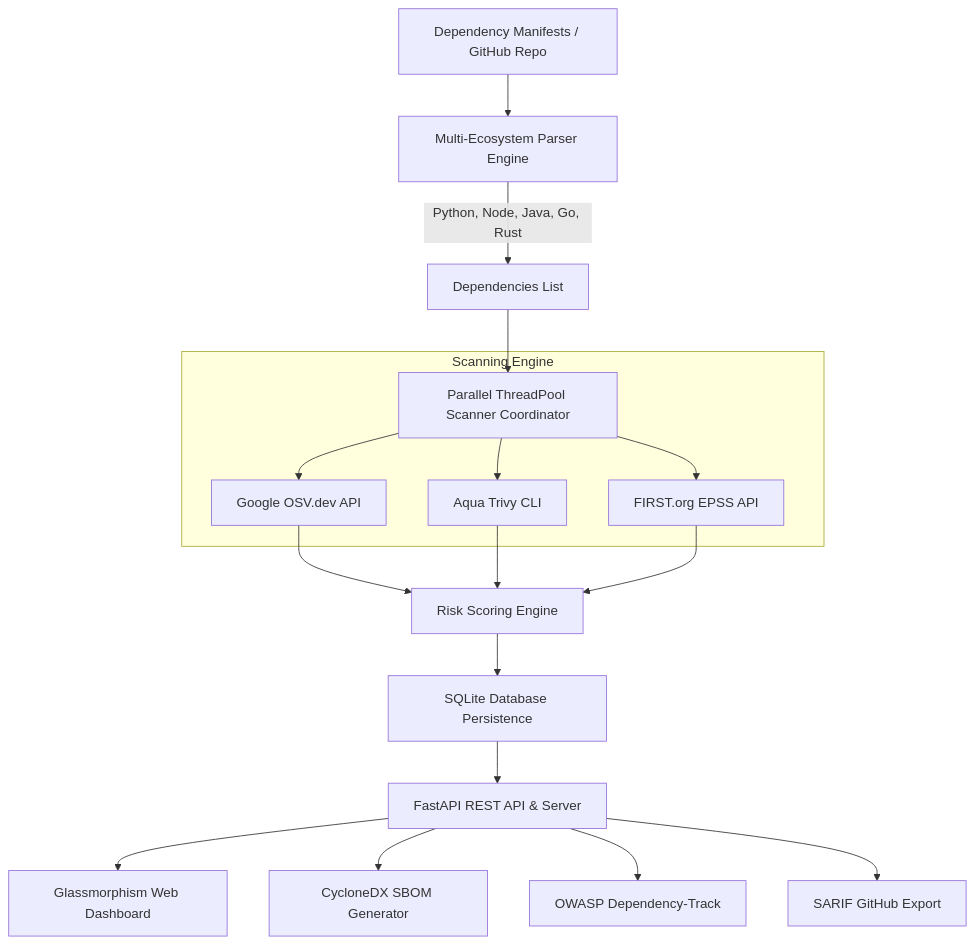
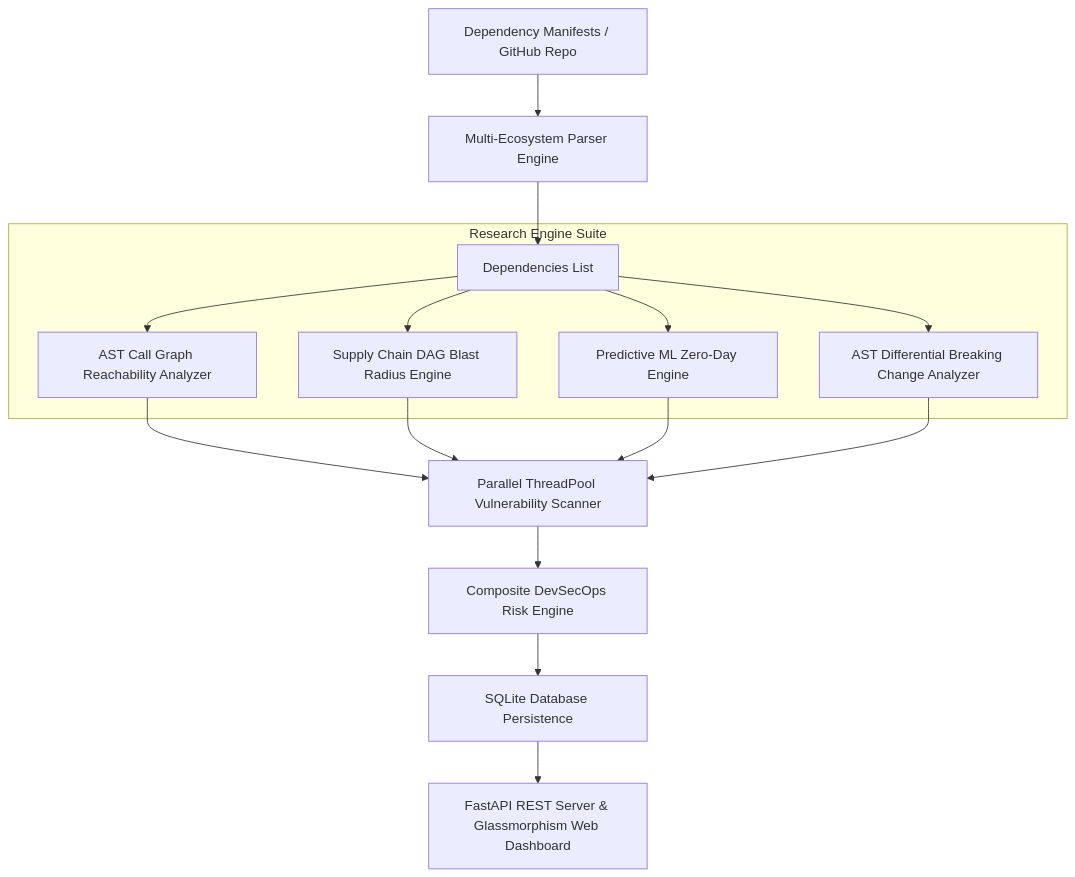
The diagram in README.md (Harshith2109/Intern), drawn with Mermaid before and after one commit. The commit also changed other lines of this file and 26 other files, not shown here.

````diff
--- a/README.md
+++ b/README.md
@@ -39,21 +47,17 @@
 ```mermaid
 flowchart TD
     A[Dependency Manifests / GitHub Repo] --> B[Multi-Ecosystem Parser Engine]
-    B -->|Python, Node, Java, Go, Rust| C[Dependencies List]
-    C --> D[Parallel ThreadPool Scanner Coordinator]
+    B --> C[Dependencies List]
     
-    subgraph Scanning Engine
-        D --> E[Google OSV.dev API]
-        D --> F[Aqua Trivy CLI]
-        D --> G[FIRST.org EPSS API]
+    subgraph Research Engine Suite
+        C --> D[AST Call Graph Reachability Analyzer]
+        C --> E[Supply Chain DAG Blast Radius Engine]
+        C --> F[Predictive ML Zero-Day Engine]
+        C --> G[AST Differential Breaking Change Analyzer]
     end
     
-    E & F & G --> H[Risk Scoring Engine]
-    H --> I[SQLite Database Persistence]
-    
-    I --> J[FastAPI REST API & Server]
-    J --> K[Glassmorphism Web Dashboard]
-    J --> L[CycloneDX SBOM Generator]
-    J --> M[OWASP Dependency-Track]
-    J --> N[SARIF GitHub Export]
+    D & E & F & G --> H[Parallel ThreadPool Vulnerability Scanner]
+    H --> I[Composite DevSecOps Risk Engine]
+    I --> J[SQLite Database Persistence]
+    J --> K[FastAPI REST Server & Glassmorphism Web Dashboard]
 ```
````
